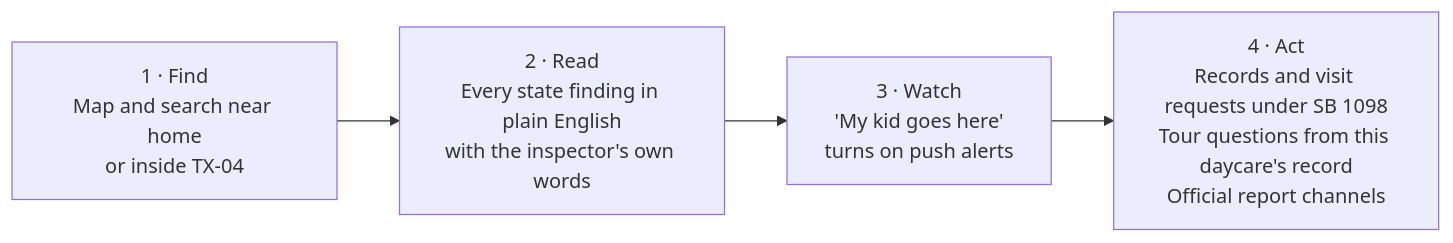
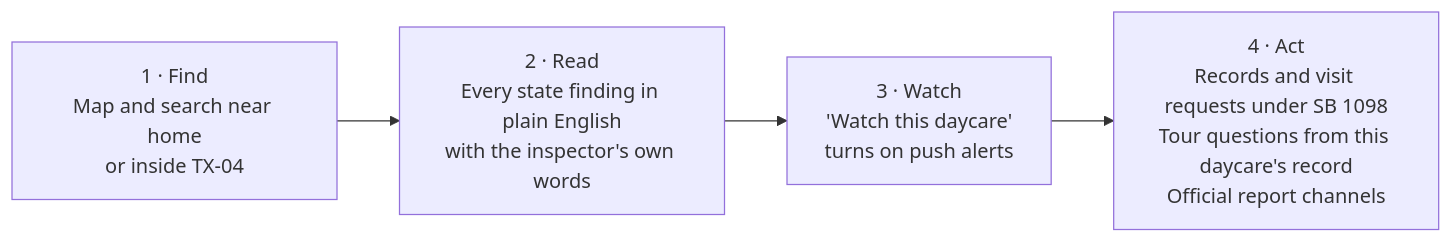
Before and after one commit to areebhirani-beep/daycare-watch: the first of 2 diagrams in README.md, drawn with Mermaid. The commit also changed other lines of this file and 1 other file, not shown here.

Commit message:
docs: README and architecture use the app's real Watch label; federal law mentioned once

````diff
--- a/README.md
+++ b/README.md
@@ -50,6 +50,6 @@
 ```mermaid
 flowchart LR
   A["1 · Find<br/>Map and search near home<br/>or inside TX-04"] --> B["2 · Read<br/>Every state finding in plain English<br/>with the inspector's own words"]
-  B --> C["3 · Watch<br/>'My kid goes here'<br/>turns on push alerts"]
+  B --> C["3 · Watch<br/>'Watch this daycare'<br/>turns on push alerts"]
   C --> D["4 · Act<br/>Records and visit requests under SB 1098<br/>Tour questions from this daycare's record<br/>Official report channels"]
 ```
````
